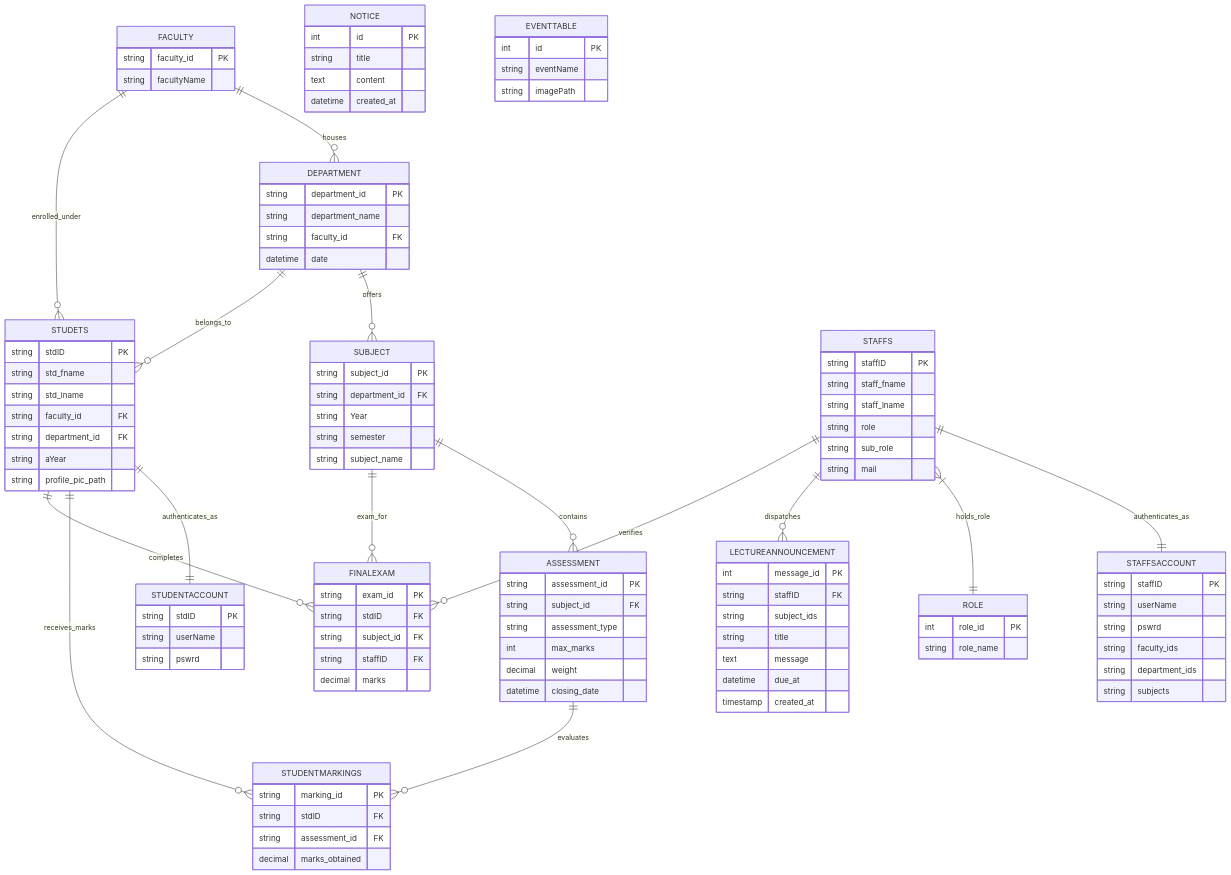
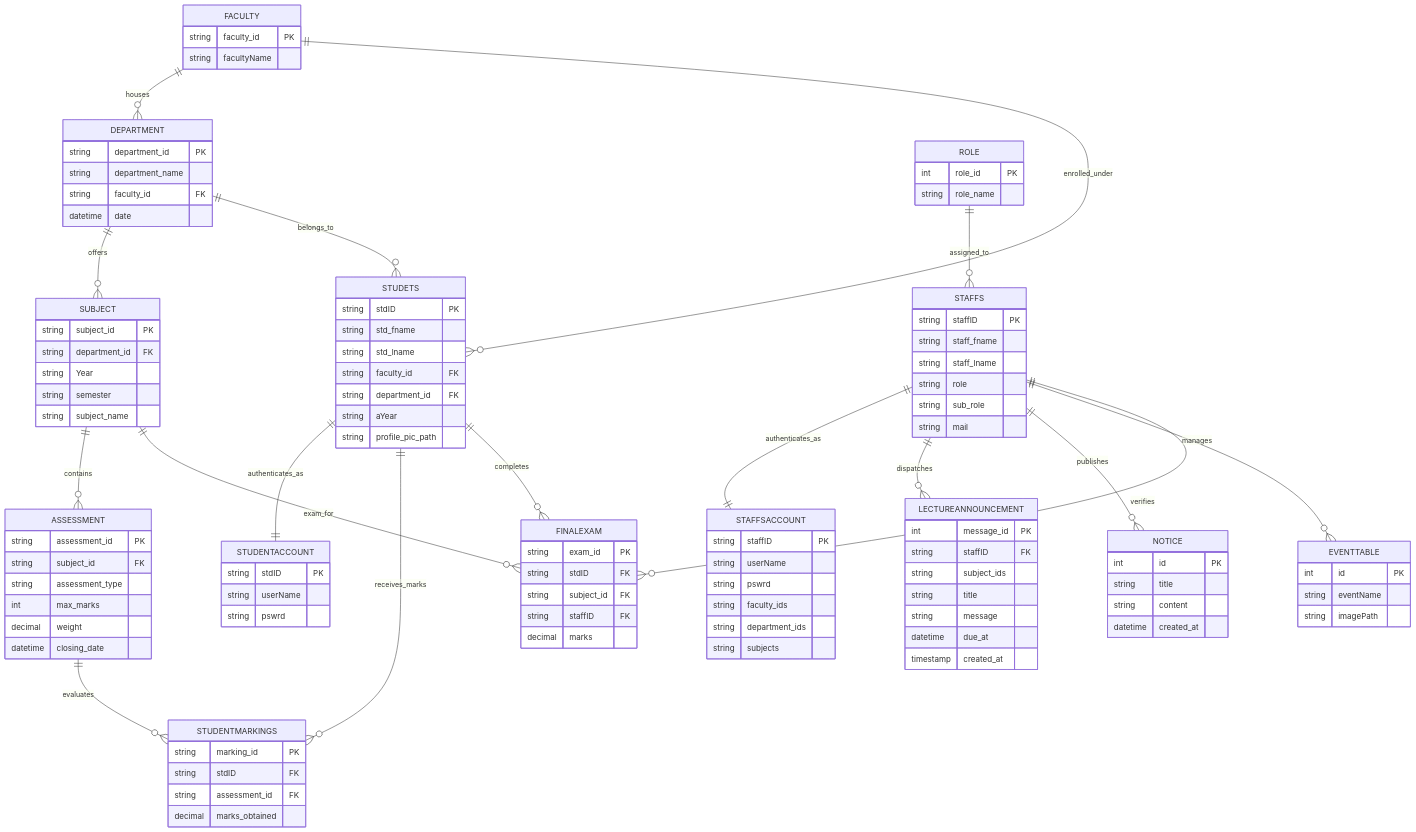
Before and after one commit to FahadhCodes/leoInternationalUniversitySystem: the second of 2 diagrams in README.md, drawn with Mermaid. The commit also changed other lines of this file, not shown here.

Commit message:
fix(docs): eliminate SVG render tree measurement errors in Mermaid diagrams

````diff
--- a/README.md
+++ b/README.md
@@ -118,19 +118,21 @@
 ```mermaid
 erDiagram
-    FACULTY ||--o{ DEPARTMENT : "houses"
-    DEPARTMENT ||--o{ SUBJECT : "offers"
-    FACULTY ||--o{ STUDETS : "enrolled_under"
-    DEPARTMENT ||--o{ STUDETS : "belongs_to"
-    STUDETS ||--|| STUDENTACCOUNT : "authenticates_as"
-    STAFFS ||--|| STAFFSACCOUNT : "authenticates_as"
-    STAFFS }|--|| ROLE : "holds_role"
-    STAFFS ||--o{ LECTUREANNOUNCEMENT : "dispatches"
-    SUBJECT ||--o{ ASSESSMENT : "contains"
-    ASSESSMENT ||--o{ STUDENTMARKINGS : "evaluates"
-    STUDETS ||--o{ STUDENTMARKINGS : "receives_marks"
-    STUDETS ||--o{ FINALEXAM : "completes"
-    SUBJECT ||--o{ FINALEXAM : "exam_for"
-    STAFFS ||--o{ FINALEXAM : "verifies"
+    FACULTY ||--o{ DEPARTMENT : houses
+    DEPARTMENT ||--o{ SUBJECT : offers
+    FACULTY ||--o{ STUDETS : enrolled_under
+    DEPARTMENT ||--o{ STUDETS : belongs_to
+    STUDETS ||--|| STUDENTACCOUNT : authenticates_as
+    STAFFS ||--|| STAFFSACCOUNT : authenticates_as
+    ROLE ||--o{ STAFFS : assigned_to
+    STAFFS ||--o{ LECTUREANNOUNCEMENT : dispatches
+    STAFFS ||--o{ NOTICE : publishes
+    STAFFS ||--o{ EVENTTABLE : manages
+    SUBJECT ||--o{ ASSESSMENT : contains
+    ASSESSMENT ||--o{ STUDENTMARKINGS : evaluates
+    STUDETS ||--o{ STUDENTMARKINGS : receives_marks
+    STUDETS ||--o{ FINALEXAM : completes
+    SUBJECT ||--o{ FINALEXAM : exam_for
+    STAFFS ||--o{ FINALEXAM : verifies
 
     FACULTY {
         string faculty_id PK
@@ -184,7 +186,7 @@
         string staffID FK
         string subject_ids
         string title
-        text message
+        string message
         datetime due_at
         timestamp created_at
     }
@@ -212,7 +214,7 @@
     NOTICE {
         int id PK
         string title
-        text content
+        string content
         datetime created_at
     }
     EVENTTABLE {
````
